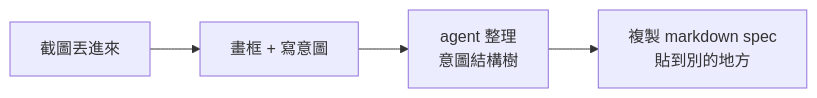
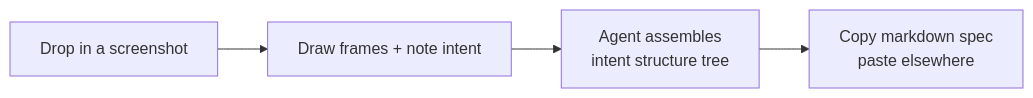
Before and after one commit to silencechung/bump-square: the diagram in README.md, drawn with Mermaid. The commit also changed other lines of this file and 21 other files, not shown here.

````diff
--- a/README.md
+++ b/README.md
@@ -35,6 +53,6 @@
 ```mermaid
 flowchart LR
-    A["截圖丟進來"] --> B["畫框 + 寫意圖"]
-    B --> C["agent 整理\n意圖結構樹"]
-    C --> D["複製 markdown spec\n貼到別的地方"]
+    A["Drop in a screenshot"] --> B["Draw frames + note intent"]
+    B --> C["Agent assembles\nintent structure tree"]
+    C --> D["Copy markdown spec\npaste elsewhere"]
 ```
````
